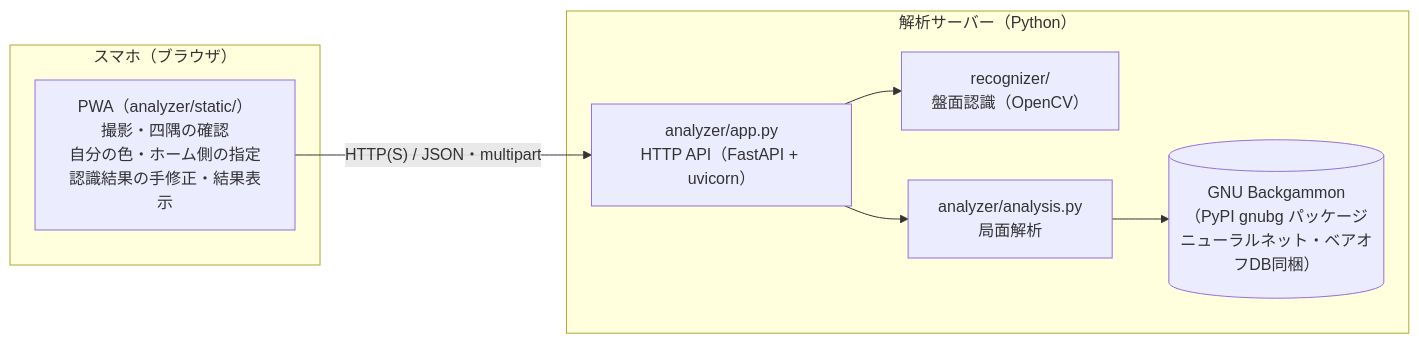
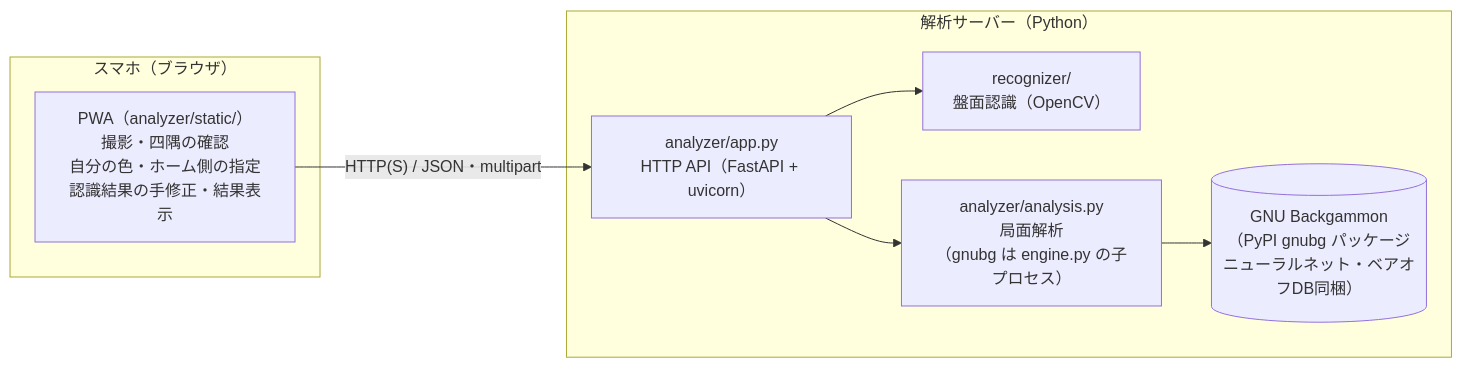
One commit to ytani01/bganalyzer changed the first of 5 diagrams in README.md. Above: the diagram before and after it, drawn with Mermaid. The commit also changed other lines of this file and 9 other files, not shown here.

First line of the commit message:
analyzer: gnubg の呼び出しを engine.py、/samples を samples.py に分ける

````diff
--- a/README.md
+++ b/README.md
@@ -13,18 +13,18 @@
 ```mermaid
 flowchart LR
     subgraph phone["スマホ（ブラウザ）"]
         pwa["PWA（analyzer/static/）<br/>撮影・四隅の確認<br/>自分の色・ホーム側の指定<br/>認識結果の手修正・結果表示"]
     end
 
     subgraph server["解析サーバー（Python）"]
         api["analyzer/app.py<br/>HTTP API（FastAPI + uvicorn）"]
         rec["recognizer/<br/>盤面認識（OpenCV）"]
-        ana["analyzer/analysis.py<br/>局面解析"]
+        ana["analyzer/analysis.py<br/>局面解析<br/>（gnubg は engine.py の子プロセス）"]
         gnubg[("GNU Backgammon<br/>（PyPI gnubg パッケージ<br/>ニューラルネット・ベアオフDB同梱）")]
         api --> rec
         api --> ana
         ana --> gnubg
     end
 
     pwa -- "HTTP(S) / JSON・multipart" --> api
 ```
````
